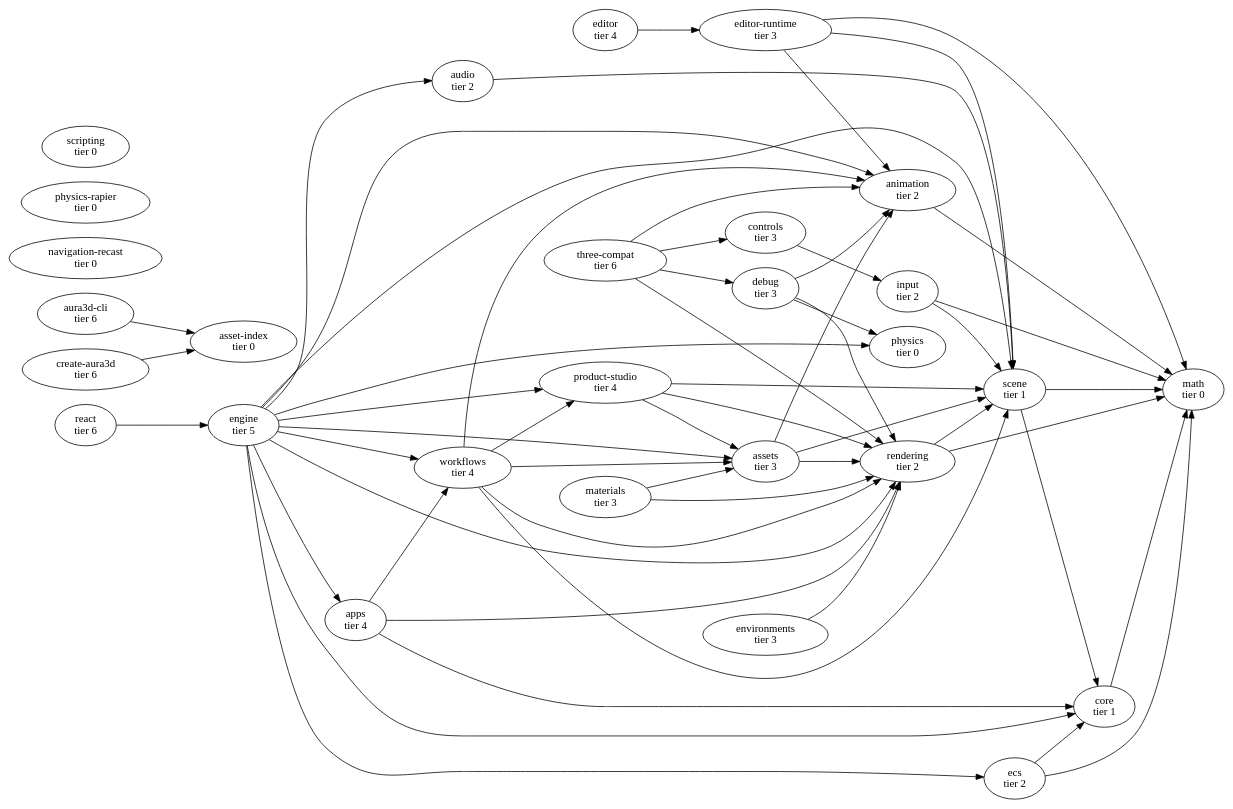
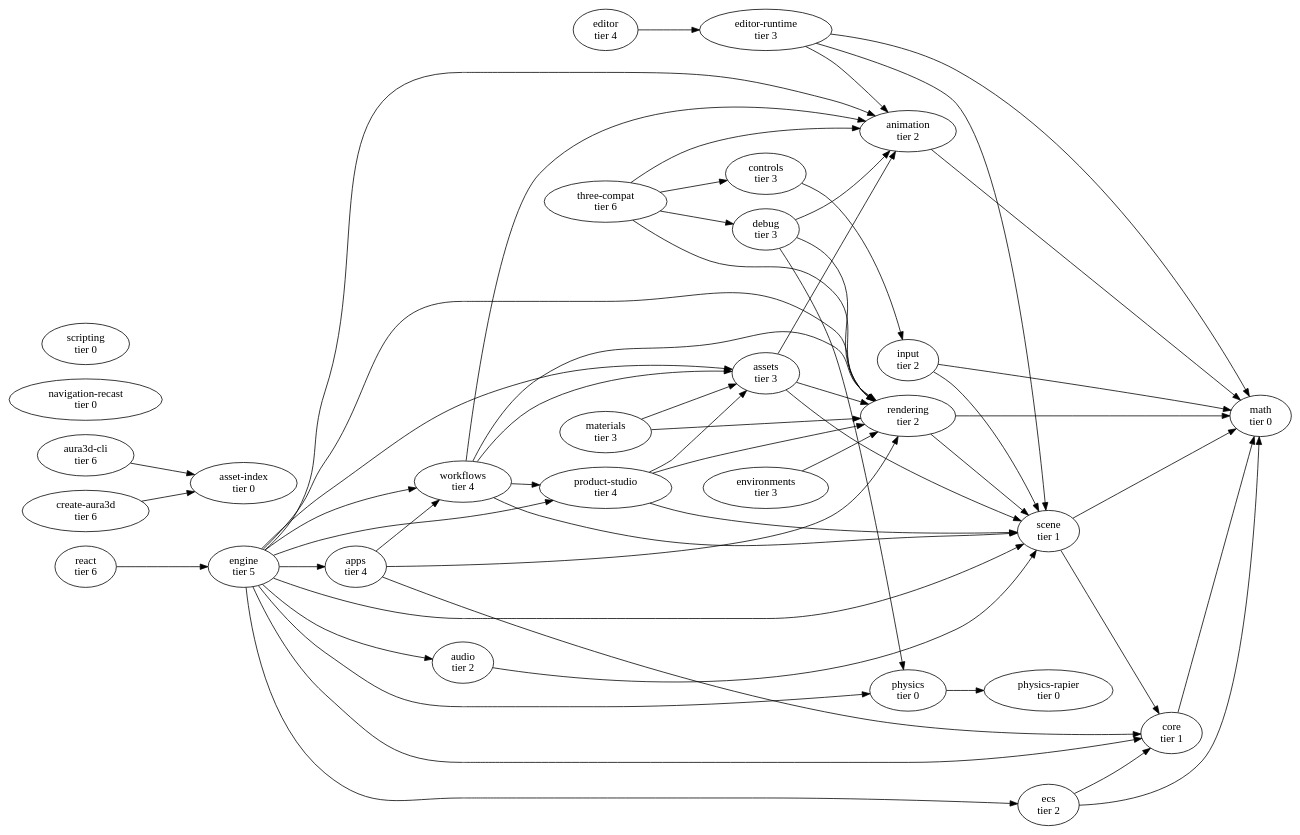
One commit to auraoneai/aura3d changed the diagram in docs/architecture/package-graph.dot. Above: the diagram before and after it, drawn with Graphviz. The commit also changed 29 other files, not shown here.

```diff
--- a/docs/architecture/package-graph.dot
+++ b/docs/architecture/package-graph.dot
@@ -1,85 +1,86 @@
 digraph aura3d {
   rankdir=LR;
   "animation" [label="animation\ntier 2"];
   "animation" -> "math";
   "apps" [label="apps\ntier 4"];
   "apps" -> "core";
   "apps" -> "rendering";
   "apps" -> "workflows";
   "asset-index" [label="asset-index\ntier 0"];
   "assets" [label="assets\ntier 3"];
   "assets" -> "animation";
   "assets" -> "rendering";
   "assets" -> "scene";
   "audio" [label="audio\ntier 2"];
   "audio" -> "scene";
   "aura3d-cli" [label="aura3d-cli\ntier 6"];
   "aura3d-cli" -> "asset-index";
   "controls" [label="controls\ntier 3"];
   "controls" -> "input";
   "core" [label="core\ntier 1"];
   "core" -> "math";
   "create-aura3d" [label="create-aura3d\ntier 6"];
   "create-aura3d" -> "asset-index";
   "debug" [label="debug\ntier 3"];
   "debug" -> "animation";
   "debug" -> "physics";
   "debug" -> "rendering";
   "ecs" [label="ecs\ntier 2"];
   "ecs" -> "core";
   "ecs" -> "math";
   "editor" [label="editor\ntier 4"];
   "editor" -> "editor-runtime";
   "editor-runtime" [label="editor-runtime\ntier 3"];
   "editor-runtime" -> "animation";
   "editor-runtime" -> "math";
   "editor-runtime" -> "scene";
   "engine" [label="engine\ntier 5"];
   "engine" -> "animation";
   "engine" -> "apps";
   "engine" -> "assets";
   "engine" -> "audio";
   "engine" -> "core";
   "engine" -> "ecs";
   "engine" -> "physics";
   "engine" -> "product-studio";
   "engine" -> "rendering";
   "engine" -> "scene";
   "engine" -> "workflows";
   "environments" [label="environments\ntier 3"];
   "environments" -> "rendering";
   "input" [label="input\ntier 2"];
   "input" -> "math";
   "input" -> "scene";
   "materials" [label="materials\ntier 3"];
   "materials" -> "assets";
   "materials" -> "rendering";
   "math" [label="math\ntier 0"];
   "navigation-recast" [label="navigation-recast\ntier 0"];
   "physics" [label="physics\ntier 0"];
+  "physics" -> "physics-rapier";
   "physics-rapier" [label="physics-rapier\ntier 0"];
   "product-studio" [label="product-studio\ntier 4"];
   "product-studio" -> "assets";
   "product-studio" -> "rendering";
   "product-studio" -> "scene";
   "react" [label="react\ntier 6"];
   "react" -> "engine";
   "rendering" [label="rendering\ntier 2"];
   "rendering" -> "math";
   "rendering" -> "scene";
   "scene" [label="scene\ntier 1"];
   "scene" -> "core";
   "scene" -> "math";
   "scripting" [label="scripting\ntier 0"];
   "three-compat" [label="three-compat\ntier 6"];
   "three-compat" -> "animation";
   "three-compat" -> "controls";
   "three-compat" -> "debug";
   "three-compat" -> "rendering";
   "workflows" [label="workflows\ntier 4"];
   "workflows" -> "animation";
   "workflows" -> "assets";
   "workflows" -> "product-studio";
   "workflows" -> "rendering";
   "workflows" -> "scene";
 }
```
